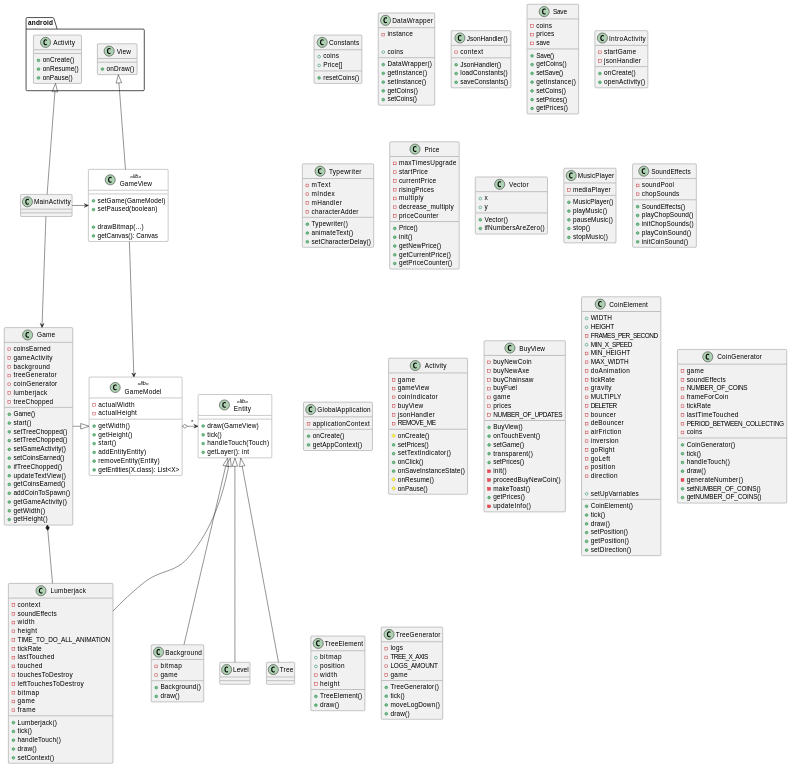
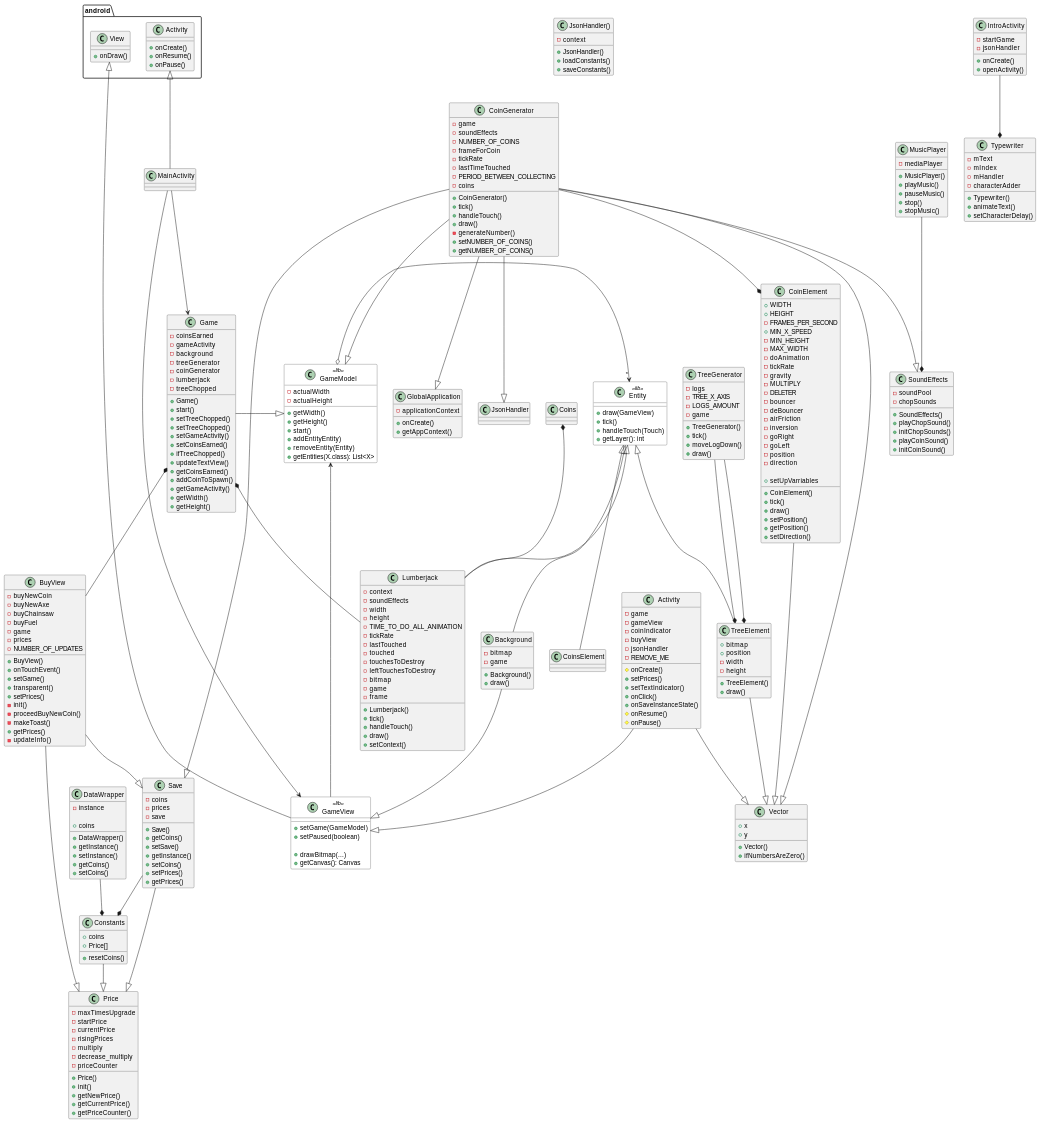
One commit to Iheuwadinachi/playg changed the diagram in doc/doc_lumberjack/technical-design.md. Above: the diagram before and after it, drawn with PlantUML. The commit also changed other lines of this file, not shown here.

Commit message:
improved class diagram,and class description added some relations

```diff
--- a/doc/doc_lumberjack/technical-design.md
+++ b/doc/doc_lumberjack/technical-design.md
@@ -334,9 +334,6 @@
     
 }
 
-class Level{
-}
-
 
 class Entity<<lib>> {
     + draw(GameView)
@@ -371,12 +368,47 @@
 
 Game -|> GameModel
 Game *-- Lumberjack
+Coins *-- Lumberjack
+TreeGenerator --* TreeElement
+Game *-- BuyView
+CoinGenerator --* CoinElement
+IntroActivity --* Typewriter
+TreeGenerator --* TreeElement
+MusicPlayer --* SoundEffects
+DataWrapper --* Constants
+Save --* Constants
+CoinElement --|> Vector
+CoinGenerator --|> Vector
+CoinGenerator --|> SoundEffects
+CoinGenerator --|> GameModel
+CoinGenerator --|> Save
+CoinGenerator --|> JsonHandler
+CoinGenerator --|> GlobalApplication
+TreeElement --|> Vector
+BuyView --|> Save
+BuyView --|> Price
+Activity --|> GameView
+Activity --|> Vector
+Background --|> GameView
+Constants --|> Price
+Save --|> Price
+
+
+
+
+
 
 
 Entity <|-- Lumberjack
-Entity <|-- Tree
 Entity <|-- Background
-Entity <|-- Level
+Entity <|-- TreeElement
+Entity <|-- CoinsElement
+
+
+
+
+
+
 
 
 MainActivity --> Game
```
